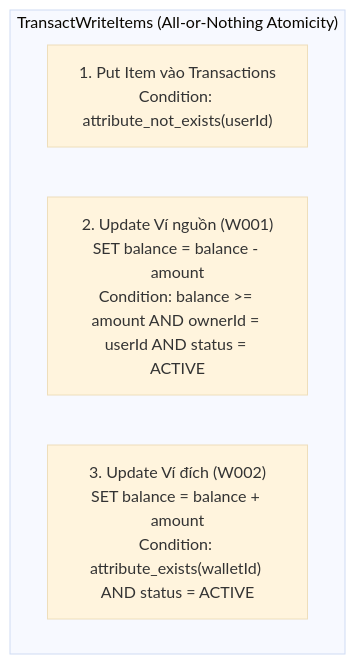
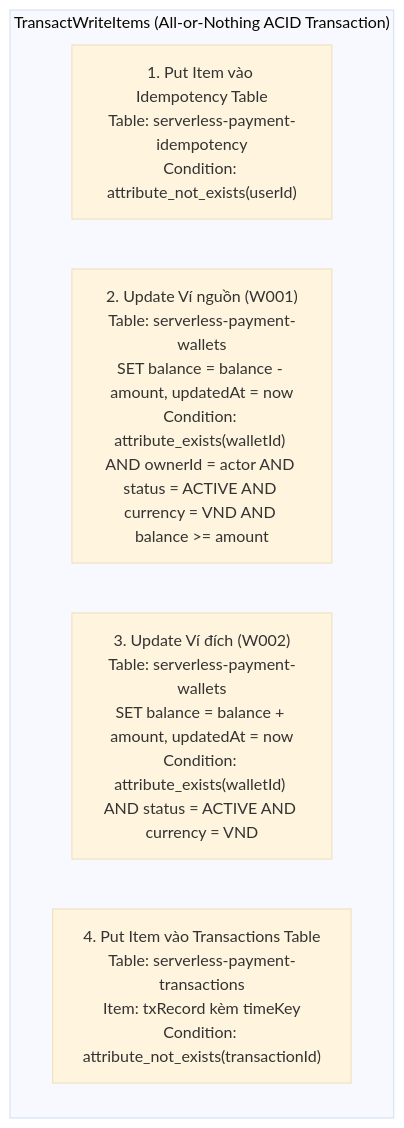
Before and after one commit to NguyenNguyen0210/serverless-payment: the diagram in docs/data-model.md, drawn with Mermaid (base theme). The commit also changed other lines of this file and 35 other files, not shown here.

First line of the commit message:
feat: upgrade to 3-table dynamoDB architecture, 5 standalone lambdas, and 56 unit tests

````diff
--- a/docs/data-model.md
+++ b/docs/data-model.md
@@ -99,8 +136,9 @@
 ```mermaid
 flowchart TD
-    subgraph TransactWriteItems["TransactWriteItems (All-or-Nothing Atomicity)"]
-        Action1["1. Put Item vào Transactions\nCondition: attribute_not_exists(userId)"]
-        Action2["2. Update Ví nguồn (W001)\nSET balance = balance - amount\nCondition: balance >= amount AND ownerId = userId AND status = ACTIVE"]
-        Action3["3. Update Ví đích (W002)\nSET balance = balance + amount\nCondition: attribute_exists(walletId) AND status = ACTIVE"]
+    subgraph TransactWriteItems["TransactWriteItems (All-or-Nothing ACID Transaction)"]
+        Action1["1. Put Item vào Idempotency Table\nTable: serverless-payment-idempotency\nCondition: attribute_not_exists(userId)"]
+        Action2["2. Update Ví nguồn (W001)\nTable: serverless-payment-wallets\nSET balance = balance - amount, updatedAt = now\nCondition: attribute_exists(walletId) AND ownerId = actor AND status = ACTIVE AND currency = VND AND balance >= amount"]
+        Action3["3. Update Ví đích (W002)\nTable: serverless-payment-wallets\nSET balance = balance + amount, updatedAt = now\nCondition: attribute_exists(walletId) AND status = ACTIVE AND currency = VND"]
+        Action4["4. Put Item vào Transactions Table\nTable: serverless-payment-transactions\nItem: txRecord kèm timeKey\nCondition: attribute_not_exists(transactionId)"]
     end
 ```
````
